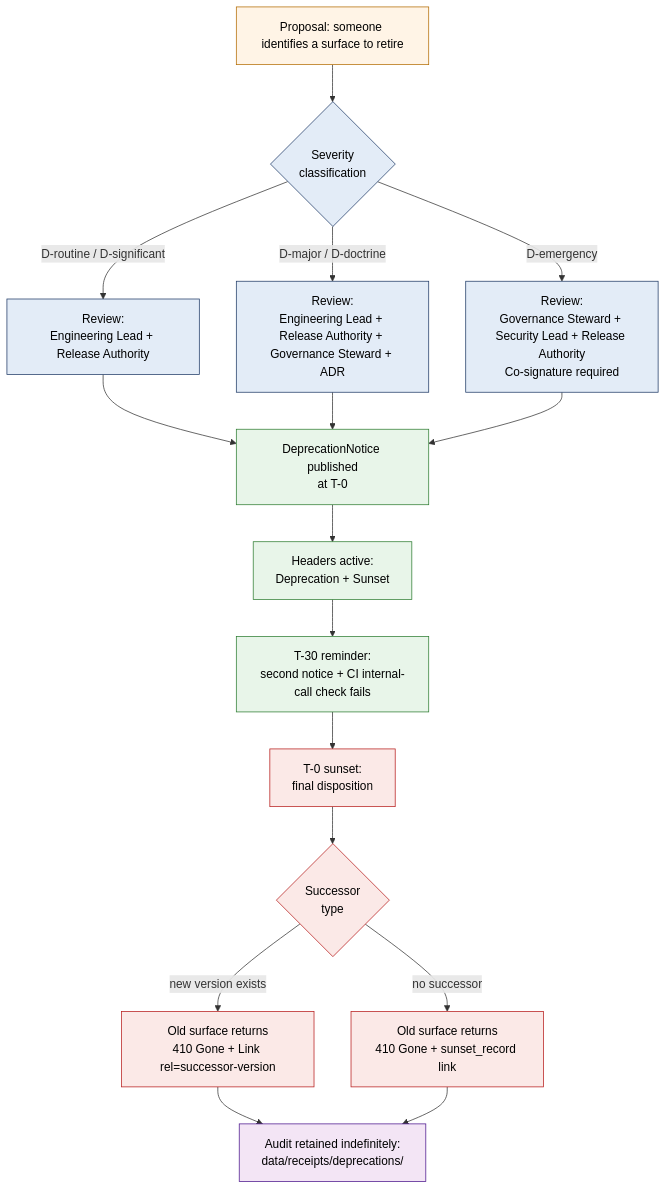
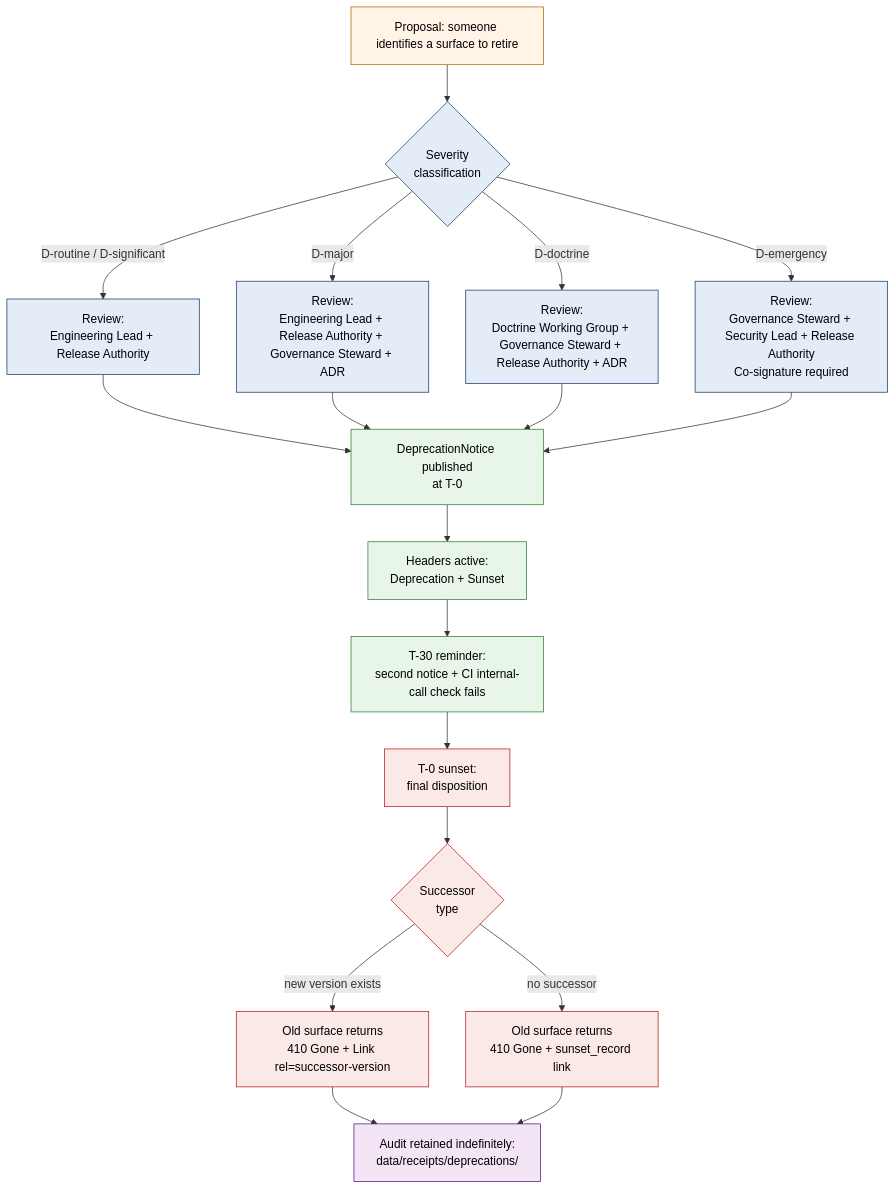
The diagram in docs/governance/DEPRECATION_PROCESS.md (bartytime4life/Kansas-Frontier-Matrix), drawn with Mermaid before and after one commit. The commit also changed other lines of this file, not shown here.

````diff
--- a/docs/governance/DEPRECATION_PROCESS.md
+++ b/docs/governance/DEPRECATION_PROCESS.md
@@ -229,29 +232,31 @@
 ```mermaid
 flowchart TD
   A[Proposal: someone identifies a surface to retire] --> B{Severity<br/>classification}
   B -- D-routine / D-significant --> C[Review:<br/>Engineering Lead + Release Authority]
-  B -- D-major / D-doctrine --> D[Review:<br/>Engineering Lead + Release Authority + Governance Steward + ADR]
+  B -- D-major --> D[Review:<br/>Engineering Lead + Release Authority + Governance Steward + ADR]
+  B -- D-doctrine --> DD[Review:<br/>Doctrine Working Group + Governance Steward + Release Authority + ADR]
   B -- D-emergency --> E[Review:<br/>Governance Steward + Security Lead + Release Authority<br/>Co-signature required]
   C --> F[DeprecationNotice published<br/>at T-0]
   D --> F
+  DD --> F
   E --> F
   F --> G[Headers active:<br/>Deprecation + Sunset]
   G --> H[T-30 reminder:<br/>second notice + CI internal-call check fails]
   H --> I[T-0 sunset:<br/>final disposition]
   I --> J{Successor<br/>type}
   J -- new version exists --> K[Old surface returns<br/>410 Gone + Link rel=successor-version]
   J -- no successor --> L[Old surface returns<br/>410 Gone + sunset_record link]
   K --> M[Audit retained indefinitely:<br/>data/receipts/deprecations/]
   L --> M
 
   classDef proposal fill:#FFF4E6,stroke:#B36B00,color:#000;
   classDef review fill:#E3ECF7,stroke:#1F3A66,color:#000;
   classDef live fill:#E8F5E9,stroke:#2E7D32,color:#000;
   classDef sunset fill:#FBE9E7,stroke:#B71C1C,color:#000;
   classDef audit fill:#F3E5F5,stroke:#4A148C,color:#000;
   class A proposal;
-  class B,C,D,E review;
+  class B,C,D,DD,E review;
   class F,G,H live;
   class I,J,K,L sunset;
   class M audit;
 ```
````
